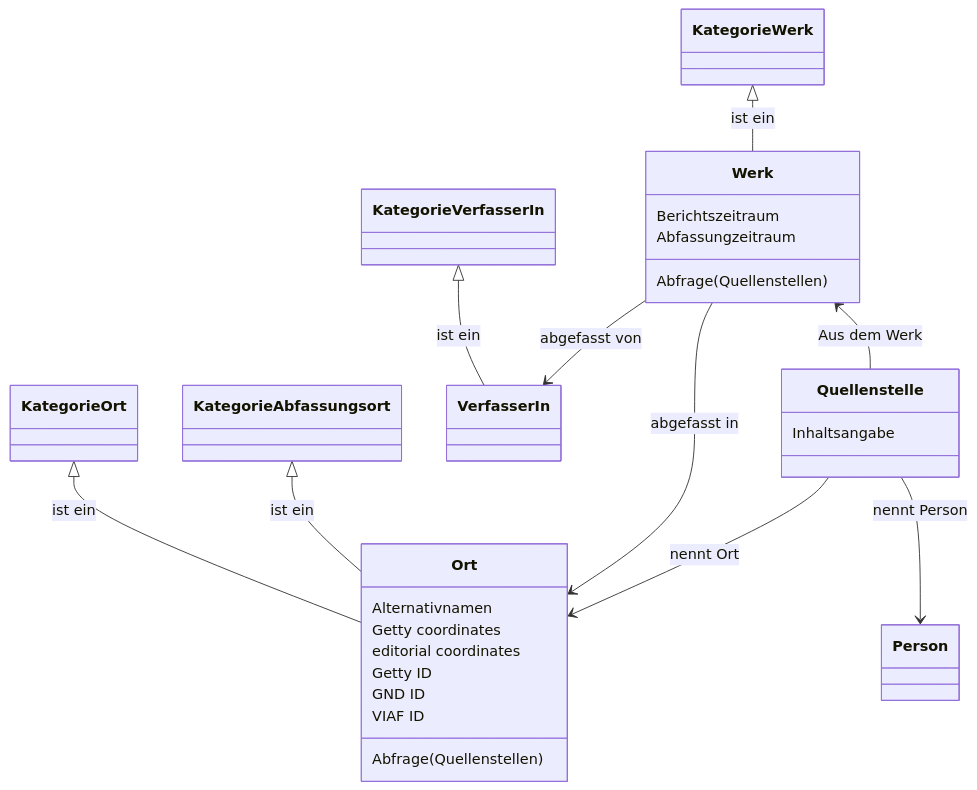
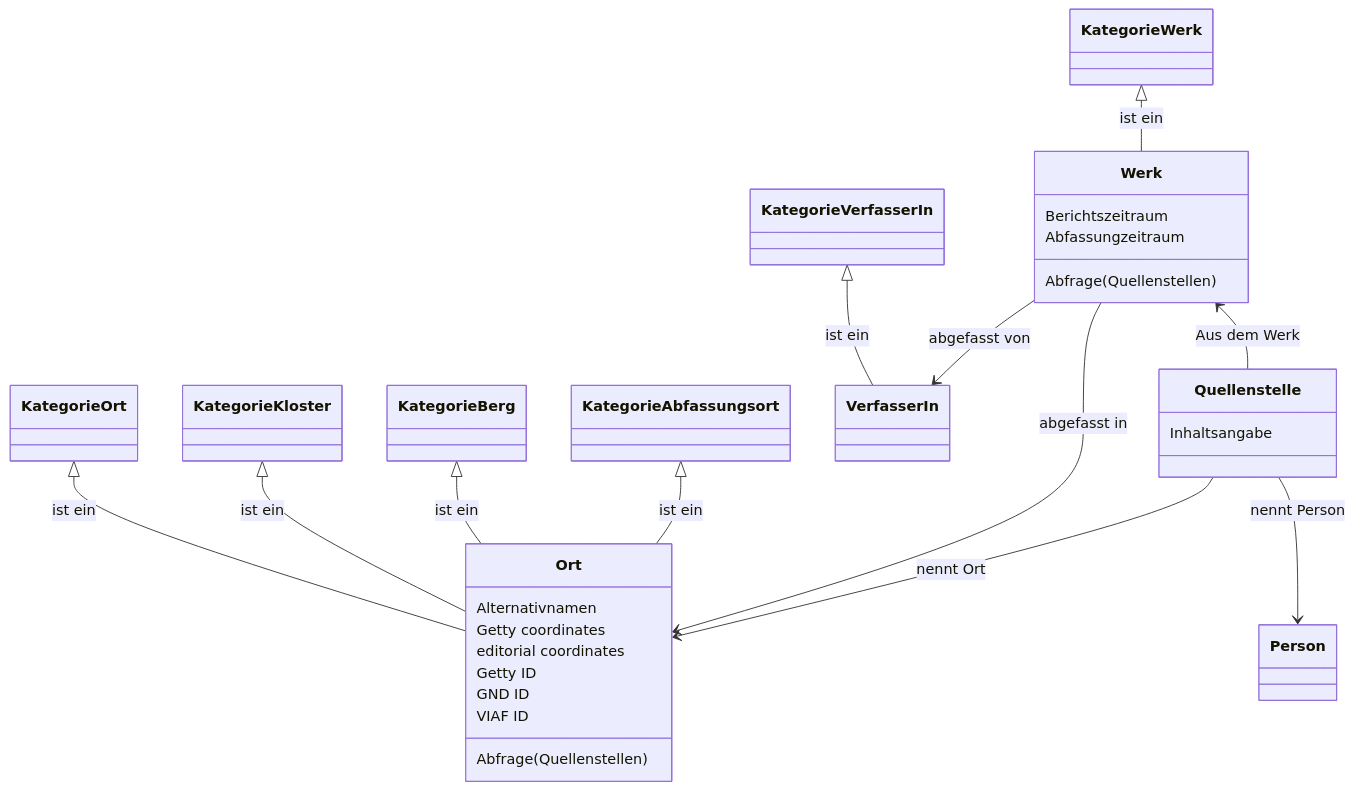
The diagram in datenmodell/Readme.MD (cceh/sarazenen-wiki), drawn with Mermaid before and after one commit.

````diff
--- a/datenmodell/Readme.MD
+++ b/datenmodell/Readme.MD
@@ -1,45 +1,51 @@
 ```mermaid
 
 classDiagram
 
     class KategorieWerk
     KategorieWerk <|-- Werk : ist ein 
     
     class KategorieOrt
     KategorieOrt <|-- Ort : ist ein 
+    
+    class KategorieKloster
+    KategorieKloster <|-- Ort : ist ein 
+    
+    class KategorieBerg
+    KategorieBerg <|-- Ort : ist ein 
     
     class KategorieAbfassungsort
     KategorieAbfassungsort <|-- Ort : ist ein 
     
     class KategorieVerfasserIn
     KategorieVerfasserIn <|-- VerfasserIn : ist ein 
 
     class Werk
     Werk: Berichtszeitraum 
     Werk: Abfassungzeitraum
     Werk <-- Quellenstelle : Aus dem Werk
     Werk --> VerfasserIn : abgefasst von
     Werk --> Ort : abgefasst in
     Werk: Abfrage(Quellenstellen)
     
     class VerfasserIn
 
     class Quellenstelle
     Quellenstelle: Inhaltsangabe
     Quellenstelle --> Person : nennt Person
     Quellenstelle --> Ort : nennt Ort  
 
     class Person
 
     class Ort
     Ort: Alternativnamen
     Ort: Getty coordinates
     Ort: editorial coordinates
     Ort: Getty ID
     Ort: GND ID
     Ort: VIAF ID
     Ort: Abfrage(Quellenstellen)
     
 end
 
 ```
````
